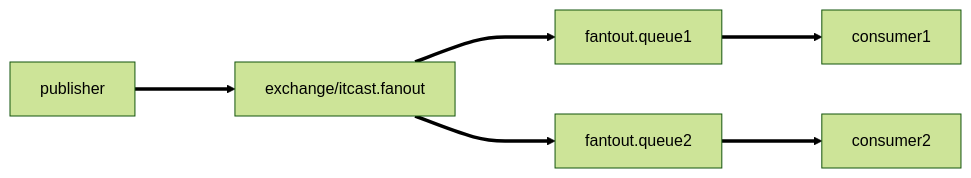
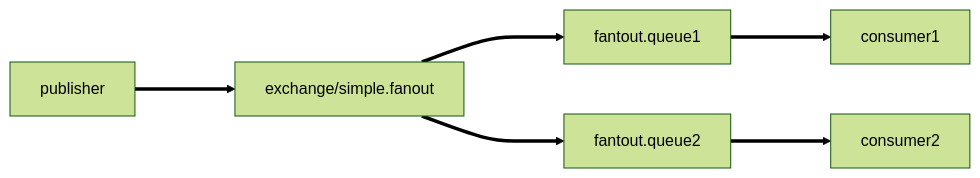
The tenth of 12 diagrams in 微服务/RabbitMQ.md (csliujw/CodeNotes), drawn with Mermaid (forest theme) before and after one commit. The commit also changed other lines of this file and 6 other files, not shown here.

````diff
--- a/微服务/RabbitMQ.md
+++ b/微服务/RabbitMQ.md
@@ -818,6 +870,6 @@
 ```mermaid
 graph LR
-publisher===>exchange[exchange/itcast.fanout]
+publisher===>exchange[exchange/simple.fanout]
 exchange===>fantout.queue1===>consumer1
 exchange===>fantout.queue2===>consumer2
 ```
````
